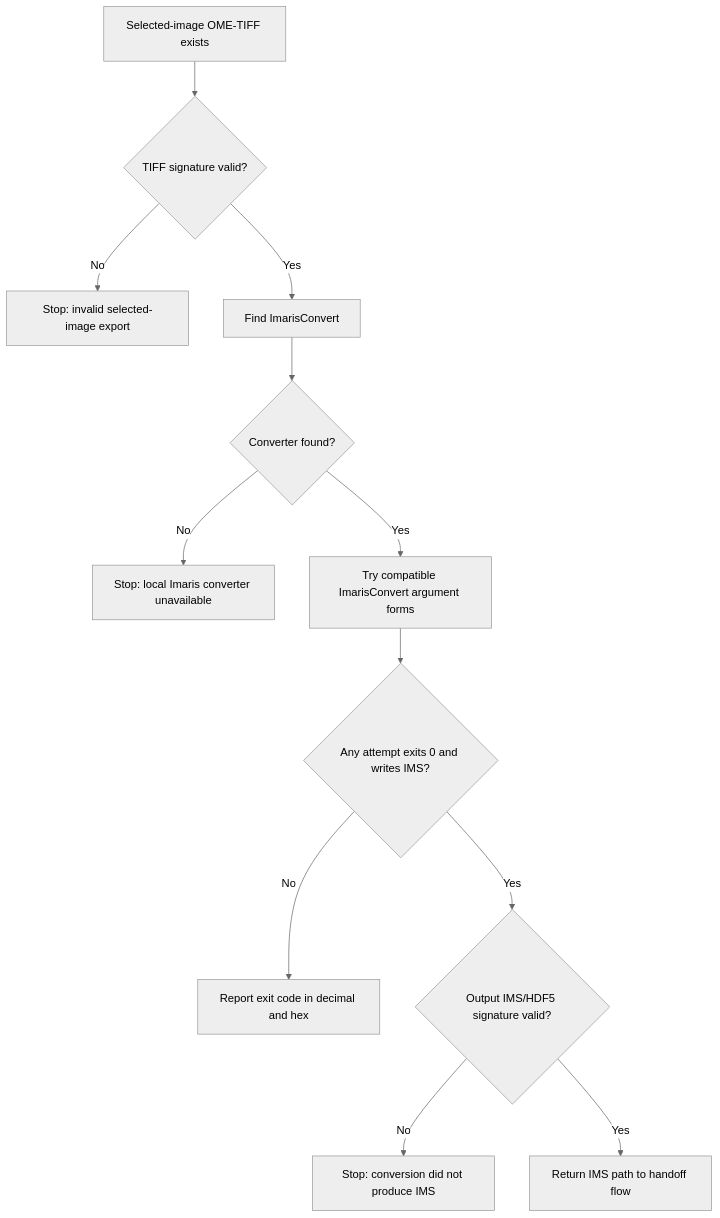
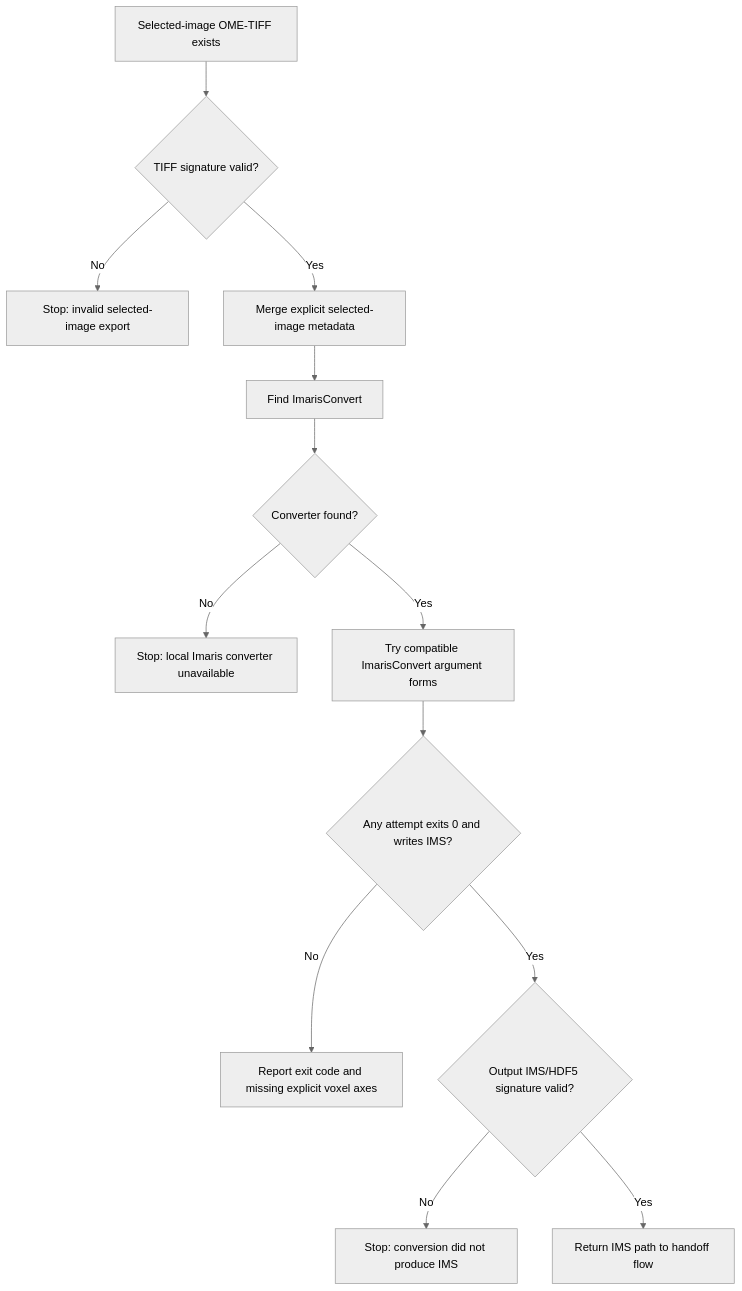
Before and after one commit to ZMB-UZH/omero-docker-extended: the seventh of 9 diagrams in docs/plugins/imaris-connector-workflow.md, drawn with Mermaid (neutral theme). The commit also changed other lines of this file and 3 other files, not shown here.

First line of the commit message:
Harden selected-image converter isolation

````diff
--- a/docs/plugins/imaris-connector-workflow.md
+++ b/docs/plugins/imaris-connector-workflow.md
@@ -190,14 +216,15 @@
 ```mermaid
 flowchart TD
     A[Selected-image OME-TIFF exists] --> B{TIFF signature valid?}
     B -->|No| C[Stop: invalid selected-image export]
-    B -->|Yes| D[Find ImarisConvert]
-    D --> E{Converter found?}
-    E -->|No| F[Stop: local Imaris converter unavailable]
-    E -->|Yes| G[Try compatible ImarisConvert argument forms]
-    G --> H{Any attempt exits 0 and writes IMS?}
-    H -->|No| I[Report exit code in decimal and hex]
-    H -->|Yes| J{Output IMS/HDF5 signature valid?}
-    J -->|No| K[Stop: conversion did not produce IMS]
-    J -->|Yes| L[Return IMS path to handoff flow]
+    B -->|Yes| D[Merge explicit selected-image metadata]
+    D --> E[Find ImarisConvert]
+    E --> F{Converter found?}
+    F -->|No| G[Stop: local Imaris converter unavailable]
+    F -->|Yes| H[Try compatible ImarisConvert argument forms]
+    H --> I{Any attempt exits 0 and writes IMS?}
+    I -->|No| J[Report exit code and missing explicit voxel axes]
+    I -->|Yes| K{Output IMS/HDF5 signature valid?}
+    K -->|No| L[Stop: conversion did not produce IMS]
+    K -->|Yes| M[Return IMS path to handoff flow]
 ```
````
